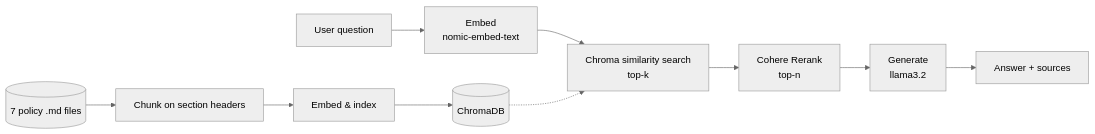
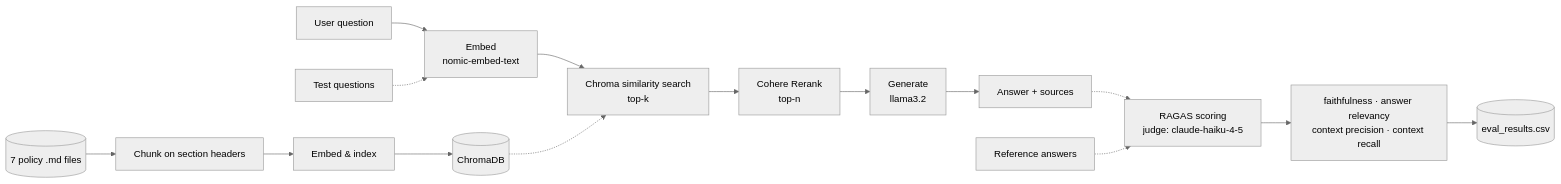
One commit to tansmsg-create/agentic-rag-with-ragas-eval changed the diagram in README.md. Above: the diagram before and after it, drawn with Mermaid (neutral theme).

Commit message:
Add RAGAS evaluation flow to architecture diagram
Extends the mermaid diagram to show the offline eval path: test questions
reuse the live pipeline through generation, then get scored against
reference answers by RAGAS (judge: Claude) into the four metrics and
eval_results.csv.

````diff
--- a/README.md
+++ b/README.md
@@ -9,13 +9,18 @@
 ```mermaid
 flowchart LR
     Q[User question] --> E[Embed\nnomic-embed-text]
+    TQ[Test questions] -.-> E
     E --> R[Chroma similarity search\ntop-k]
     R --> RR[Cohere Rerank\ntop-n]
     RR --> G[Generate\nllama3.2]
     G --> A[Answer + sources]
+    A -.-> RAGAS[RAGAS scoring\njudge: claude-haiku-4-5]
+    REF[Reference answers] -.-> RAGAS
+    RAGAS --> METRICS[faithfulness · answer relevancy\ncontext precision · context recall]
+    METRICS --> CSV[(eval_results.csv)]
 
     DOCS[(7 policy .md files)] --> C[Chunk on section headers]
     C --> EMB[Embed & index]
     EMB --> CHROMA[(ChromaDB)]
     CHROMA -.-> R
 ```
````
